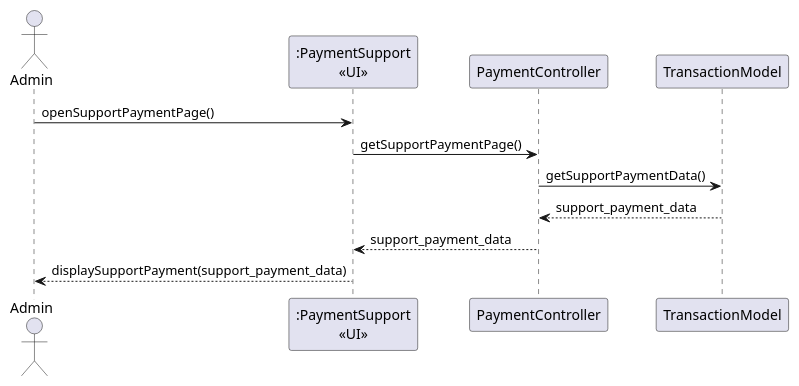
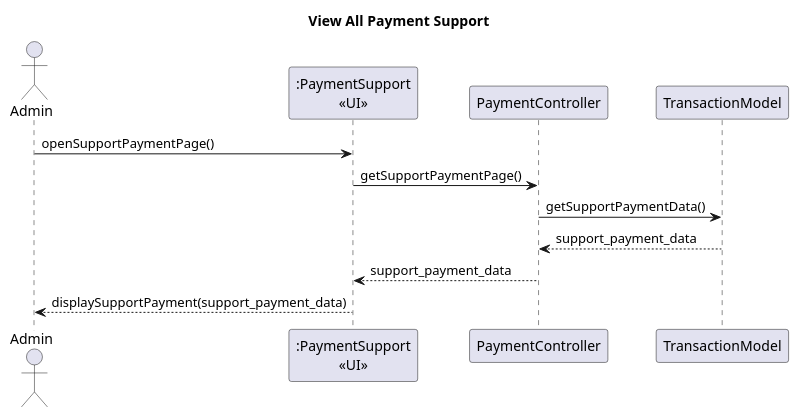
One commit to AntWort21/BHFMS changed the diagram in Design/BHFMS_SEQUENCE/Admin/Payment/View All Payment Support.puml. Above: the diagram before and after it, drawn with PlantUML. The commit also changed 23 other files, not shown here.

```diff
--- a/Design/BHFMS_SEQUENCE/Admin/Payment/View All Payment Support.puml
+++ b/Design/BHFMS_SEQUENCE/Admin/Payment/View All Payment Support.puml
@@ -1,14 +1,15 @@
 @startuml
+title View All Payment Support
 actor Admin as act
 participant ":PaymentSupport\n<<UI>>" as view
 participant PaymentController as ctrl
 participant TransactionModel as tm
 
 act -> view: openSupportPaymentPage()
 view -> ctrl: getSupportPaymentPage()
 ctrl -> tm: getSupportPaymentData()
 ctrl <-- tm: support_payment_data
 view <-- ctrl: support_payment_data
 act <-- view: displaySupportPayment(support_payment_data)
 
 @enduml
```
